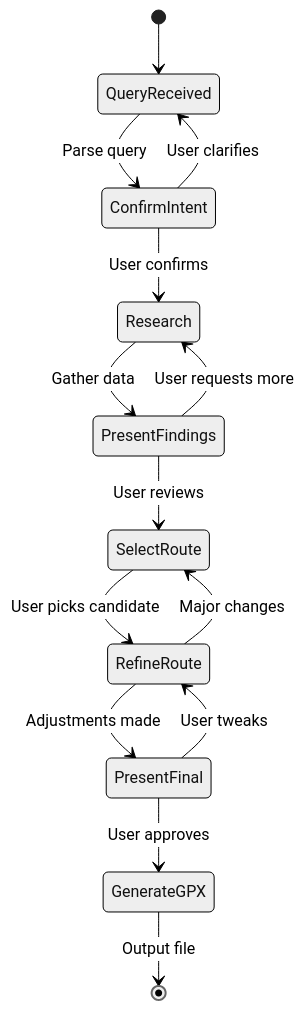
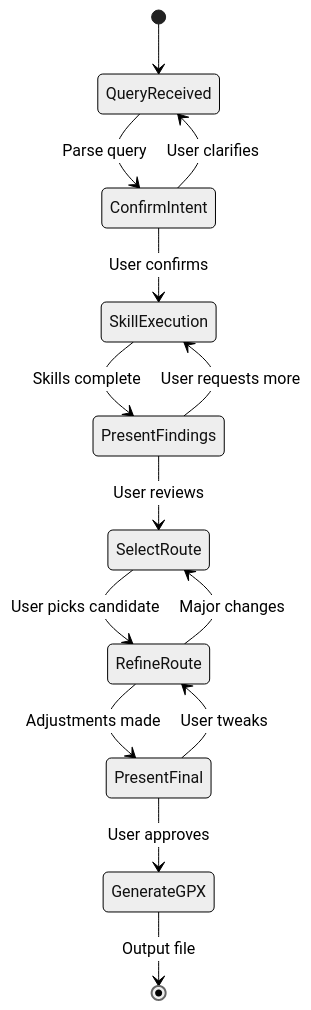
The fifth of 5 diagrams in docs/architecture.md (bendrucker/route-agent), drawn with Mermaid (neutral theme) before and after one commit. The commit also changed other lines of this file and 3 other files, not shown here.

First line of the commit message:
Add skills-based architecture and tool catalog

````diff
--- a/docs/architecture.md
+++ b/docs/architecture.md
@@ -111,20 +162,20 @@
 ```mermaid
 stateDiagram-v2
     [*] --> QueryReceived
     QueryReceived --> ConfirmIntent: Parse query
-    ConfirmIntent --> Research: User confirms
+    ConfirmIntent --> SkillExecution: User confirms
     ConfirmIntent --> QueryReceived: User clarifies
 
-    Research --> PresentFindings: Gather data
+    SkillExecution --> PresentFindings: Skills complete
     PresentFindings --> SelectRoute: User reviews
-    PresentFindings --> Research: User requests more
+    PresentFindings --> SkillExecution: User requests more
 
     SelectRoute --> RefineRoute: User picks candidate
     RefineRoute --> PresentFinal: Adjustments made
     RefineRoute --> SelectRoute: Major changes
 
     PresentFinal --> GenerateGPX: User approves
     PresentFinal --> RefineRoute: User tweaks
 
     GenerateGPX --> [*]: Output file
 ```
````
